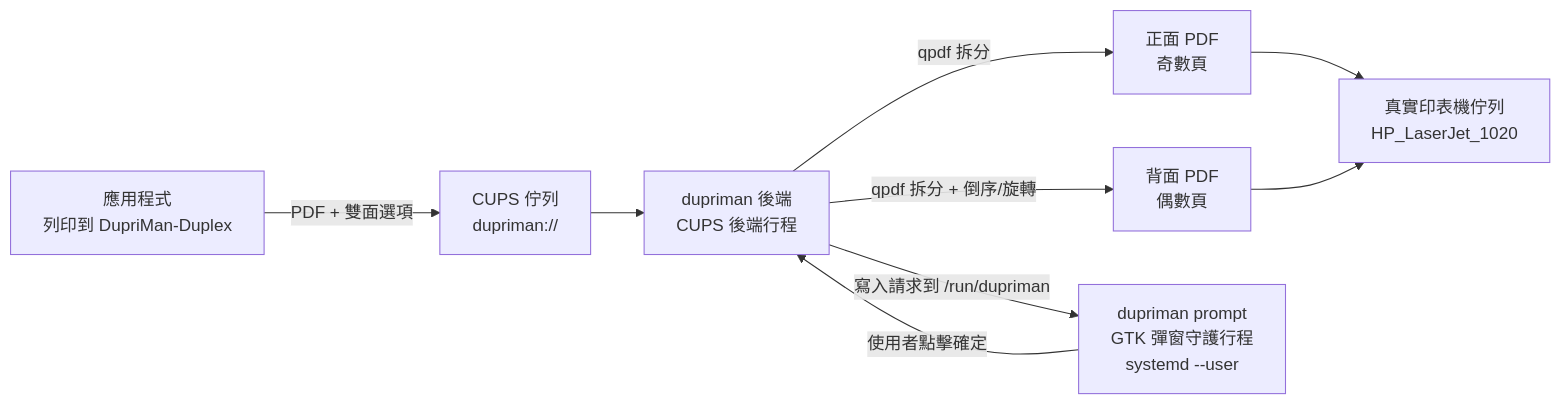
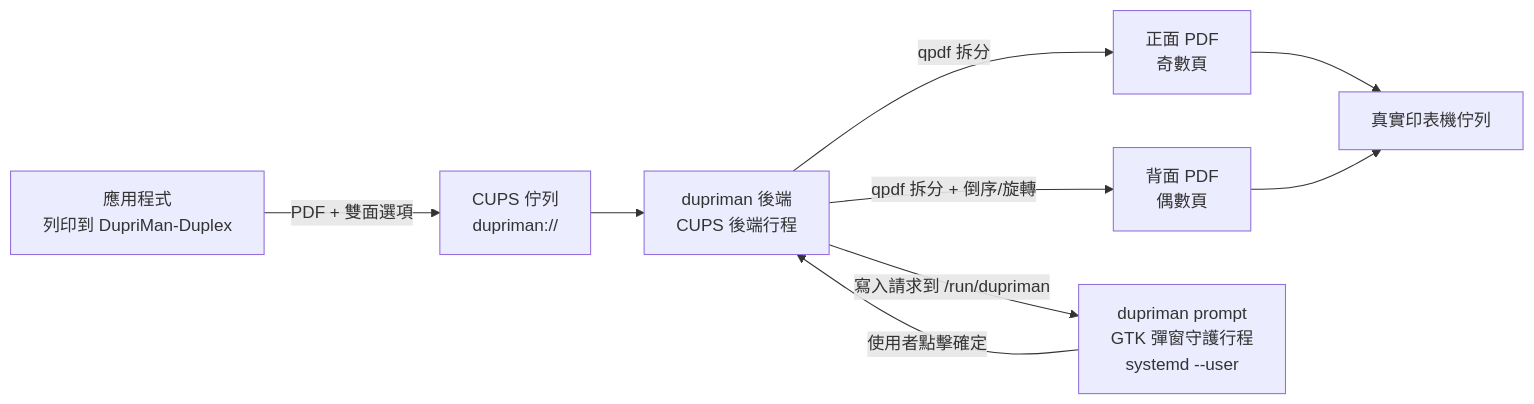
One commit to OrdChaos/dupriman changed the diagram in README.zh_TW.md. Above: the diagram before and after it, drawn with Mermaid. The commit also changed other lines of this file and 2 other files, not shown here.

Commit message:
docs(readme): update flow diagram, remove packaging section, and refine hardware note
- Remove printer model placeholder from flow diagram for readability
- Delete the Arch packaging section to reduce documentation clutter
- Clarify that the software was tested on Arch Linux (HP LaserJet 1020 with foo2zjs)
- Apply corresponding updates to Chinese (Simplified and Traditional) READMEs

````diff
--- a/README.zh_TW.md
+++ b/README.zh_TW.md
@@ -15,11 +15,11 @@
 ```mermaid
 flowchart LR
     A[應用程式<br/>列印到 DupriMan-Duplex] -->|PDF + 雙面選項| B[CUPS 佇列<br/>dupriman://]
     B --> C[dupriman 後端<br/>CUPS 後端行程]
     C -->|qpdf 拆分| D[正面 PDF<br/>奇數頁]
     C -->|qpdf 拆分 + 倒序/旋轉| E[背面 PDF<br/>偶數頁]
-    D --> F[真實印表機佇列<br/>HP_LaserJet_1020]
+    D --> F[真實印表機佇列]
     C -->|寫入請求到 /run/dupriman| G[dupriman prompt<br/>GTK 彈窗守護行程<br/>systemd --user]
     G -->|使用者點擊確定| C
     E --> F
 ```
````
